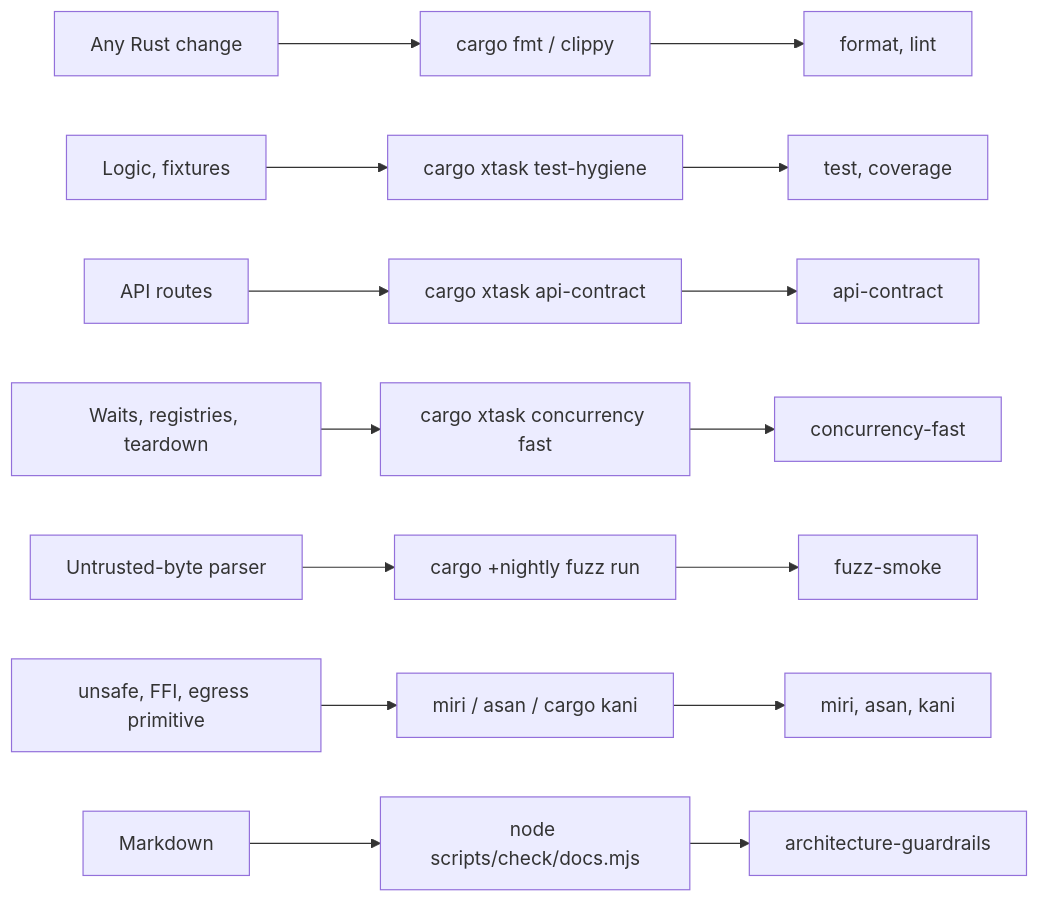
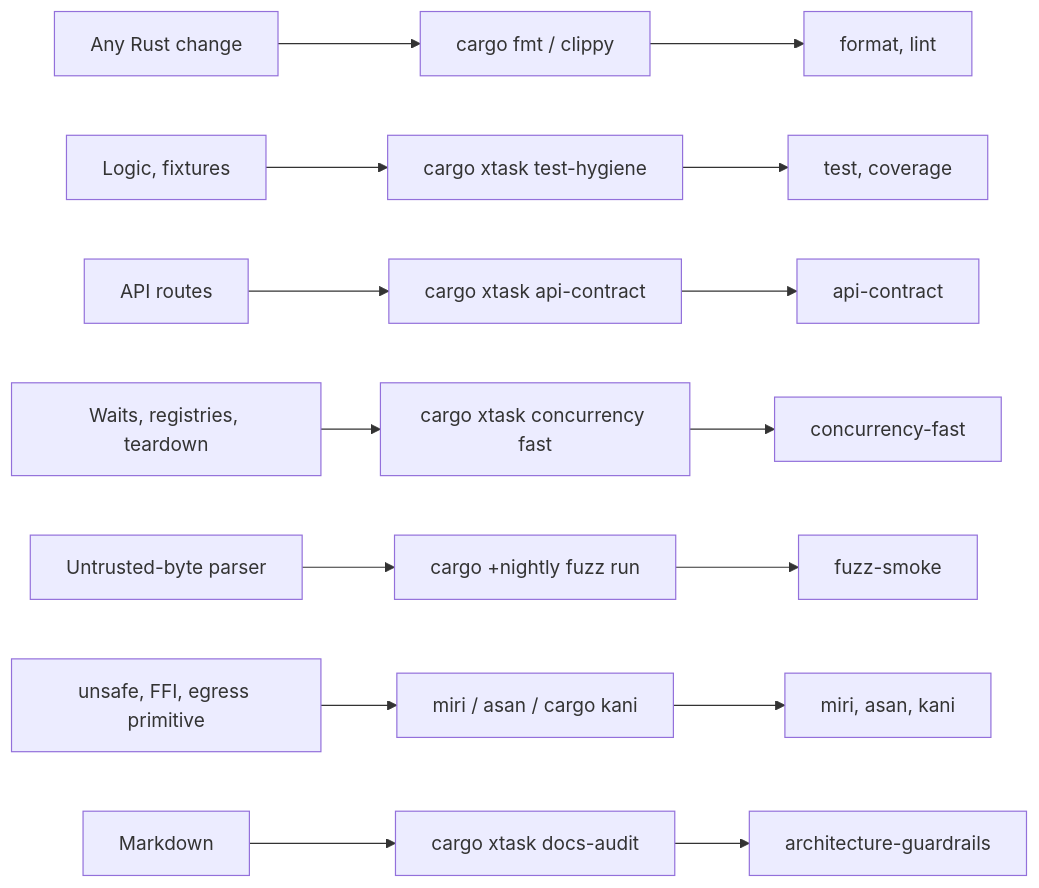
The first of 2 diagrams in docs/testing.md (krsna1729/restream), drawn with Mermaid before and after one commit. The commit also changed other lines of this file and 146 other files, not shown here.

````diff
--- a/docs/testing.md
+++ b/docs/testing.md
@@ -29,10 +29,10 @@
 ```mermaid
 flowchart LR
     rust["Any Rust change"] --> fmt["cargo fmt / clippy"] --> jlint["format, lint"]
     unit["Logic, fixtures"] --> hyg["cargo xtask test-hygiene"] --> jtest["test, coverage"]
     api["API routes"] --> apic["cargo xtask api-contract"] --> japi["api-contract"]
     conc["Waits, registries, teardown"] --> cf["cargo xtask concurrency fast"] --> jcf["concurrency-fast"]
     parser["Untrusted-byte parser"] --> fz["cargo +nightly fuzz run"] --> jfz["fuzz-smoke"]
     unsafe["unsafe, FFI, egress primitive"] --> mk["miri / asan / cargo kani"] --> jmk["miri, asan, kani"]
-    docs["Markdown"] --> dc["node scripts/check/docs.mjs"] --> jarch["architecture-guardrails"]
+    docs["Markdown"] --> dc["cargo xtask docs-audit"] --> jarch["architecture-guardrails"]
 ```
````
